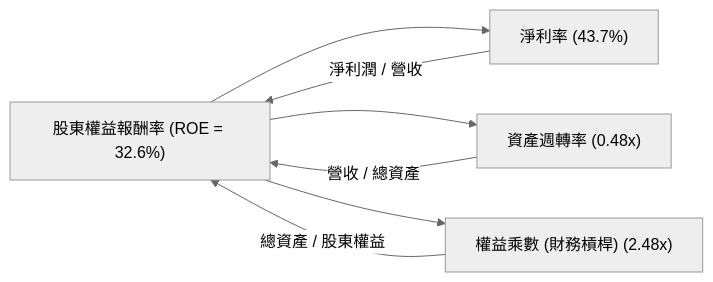
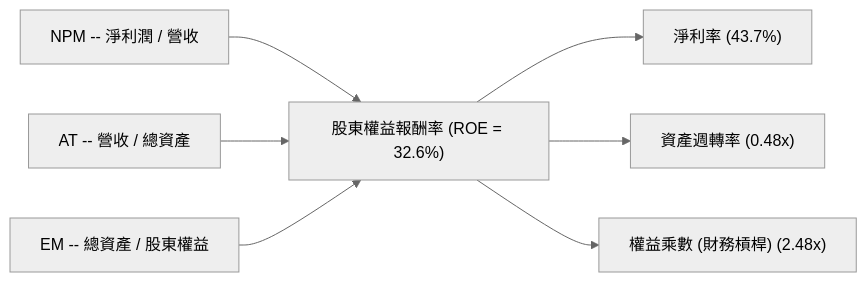
One commit to yennanliu/finance_data changed the ninth of 14 diagrams in ai_gen_report/stock/pltr/fundamental_analysis_2026-07-07_gemini.md. Above: the diagram before and after it, drawn with Mermaid (neutral theme). The commit also changed other lines of this file and 2258 other files, not shown here.

First line of the commit message:
chore: backfill Mermaid syntax repair across existing reports

````diff
--- a/ai_gen_report/stock/pltr/fundamental_analysis_2026-07-07_gemini.md
+++ b/ai_gen_report/stock/pltr/fundamental_analysis_2026-07-07_gemini.md
@@ -569,10 +569,10 @@
 ```mermaid
 graph LR
     ROE["股東權益報酬率 (ROE = 32.6%)"] --> NPM["淨利率 (43.7%)"]
     ROE --> AT["資產週轉率 (0.48x)"]
     ROE --> EM["權益乘數 (財務槓桿) (2.48x)"]
 
-    NPM -- "淨利潤 / 營收" --> ROE
-    AT -- "營收 / 總資產" --> ROE
-    EM -- "總資產 / 股東權益" --> ROE
+    nb1["NPM -- "淨利潤 / 營收""] --> ROE
+    nb2["AT -- "營收 / 總資產""] --> ROE
+    nb3["EM -- "總資產 / 股東權益""] --> ROE
 ```
````
